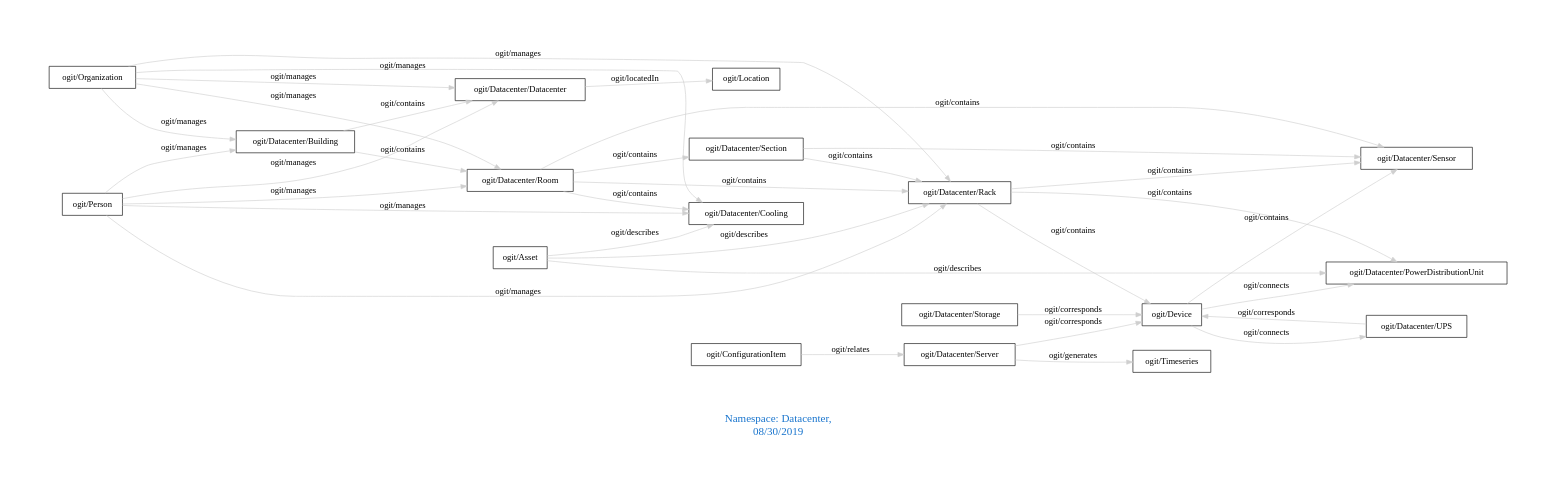
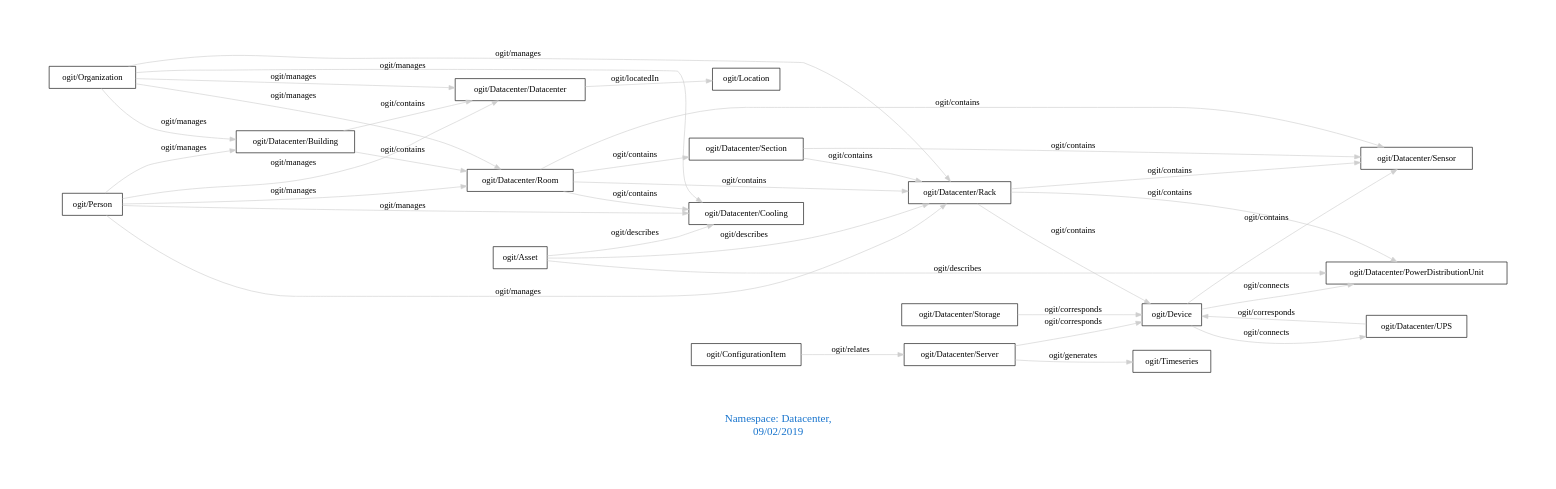
The diagram in downloads/Datacenter.dot (arago/OGIT), drawn with Graphviz before and after one commit. The commit also changed 1527 other files, not shown here.

```diff
--- a/downloads/Datacenter.dot
+++ b/downloads/Datacenter.dot
@@ -1,41 +1,41 @@
 digraph OGIT_ontology {
  graph [ rankdir= LR,pad=1 
 fontsize = 18,
-fontcolor= dodgerblue3,label = "\n\n\nNamespace: Datacenter, \n 08/30/2019"];
+fontcolor= dodgerblue3,label = "\n\n\nNamespace: Datacenter, \n 09/02/2019"];
 node[shape=polygon];
 edge [  color="gray81"];
 
    "ogit/Datacenter/Building" -> "ogit/Datacenter/Datacenter" [label="   ogit/contains    "];
    "ogit/Datacenter/Building" -> "ogit/Datacenter/Room" [label="   ogit/contains    "];
    "ogit/Datacenter/Rack" -> "ogit/Datacenter/Sensor" [label="   ogit/contains    "];
    "ogit/Datacenter/Rack" -> "ogit/Datacenter/PowerDistributionUnit" [label="   ogit/contains    "];
    "ogit/Datacenter/Rack" -> "ogit/Device" [label="   ogit/contains    "];
    "ogit/Datacenter/Room" -> "ogit/Datacenter/Rack" [label="   ogit/contains    "];
    "ogit/Datacenter/Room" -> "ogit/Datacenter/Cooling" [label="   ogit/contains    "];
    "ogit/Datacenter/Room" -> "ogit/Datacenter/Sensor" [label="   ogit/contains    "];
    "ogit/Datacenter/Room" -> "ogit/Datacenter/Section" [label="   ogit/contains    "];
    "ogit/Datacenter/Section" -> "ogit/Datacenter/Sensor" [label="   ogit/contains    "];
    "ogit/Datacenter/Section" -> "ogit/Datacenter/Rack" [label="   ogit/contains    "];
    "ogit/Device" -> "ogit/Datacenter/Sensor" [label="   ogit/contains    "];
    "ogit/Organization" -> "ogit/Datacenter/Room" [label="   ogit/manages    "];
    "ogit/Organization" -> "ogit/Datacenter/Rack" [label="   ogit/manages    "];
    "ogit/Organization" -> "ogit/Datacenter/Datacenter" [label="   ogit/manages    "];
    "ogit/Organization" -> "ogit/Datacenter/Cooling" [label="   ogit/manages    "];
    "ogit/Organization" -> "ogit/Datacenter/Building" [label="   ogit/manages    "];
    "ogit/Person" -> "ogit/Datacenter/Room" [label="   ogit/manages    "];
    "ogit/Person" -> "ogit/Datacenter/Rack" [label="   ogit/manages    "];
    "ogit/Person" -> "ogit/Datacenter/Datacenter" [label="   ogit/manages    "];
    "ogit/Person" -> "ogit/Datacenter/Cooling" [label="   ogit/manages    "];
    "ogit/Person" -> "ogit/Datacenter/Building" [label="   ogit/manages    "];
    "ogit/Datacenter/Server" -> "ogit/Timeseries" [label="   ogit/generates    "];
    "ogit/Asset" -> "ogit/Datacenter/Rack" [label="   ogit/describes    "];
    "ogit/Asset" -> "ogit/Datacenter/PowerDistributionUnit" [label="   ogit/describes    "];
    "ogit/Asset" -> "ogit/Datacenter/Cooling" [label="   ogit/describes    "];
    "ogit/Device" -> "ogit/Datacenter/PowerDistributionUnit" [label="   ogit/connects    "];
    "ogit/Device" -> "ogit/Datacenter/UPS" [label="   ogit/connects    "];
    "ogit/Datacenter/Datacenter" -> "ogit/Location" [label="   ogit/locatedIn    "];
    "ogit/Datacenter/Server" -> "ogit/Device" [label="   ogit/corresponds    "];
    "ogit/Datacenter/Storage" -> "ogit/Device" [label="   ogit/corresponds    "];
    "ogit/Datacenter/UPS" -> "ogit/Device" [label="   ogit/corresponds    "];
    "ogit/ConfigurationItem" -> "ogit/Datacenter/Server" [label="   ogit/relates    "];
 }
```
